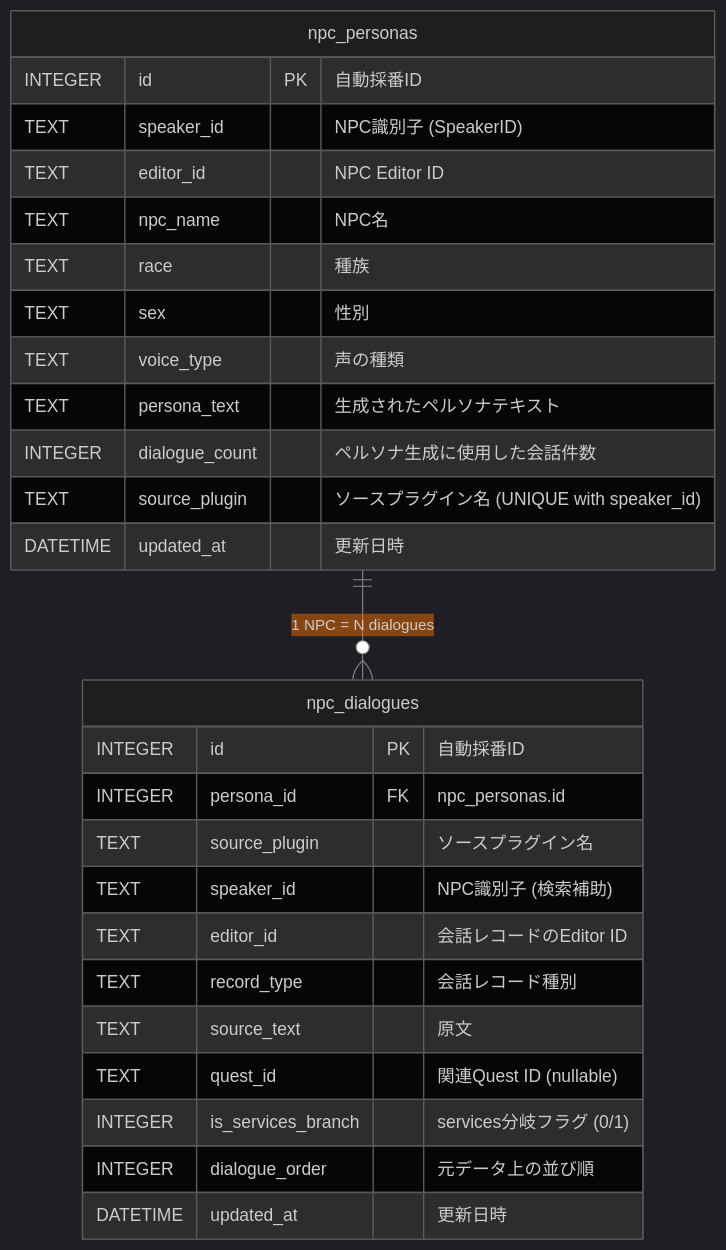
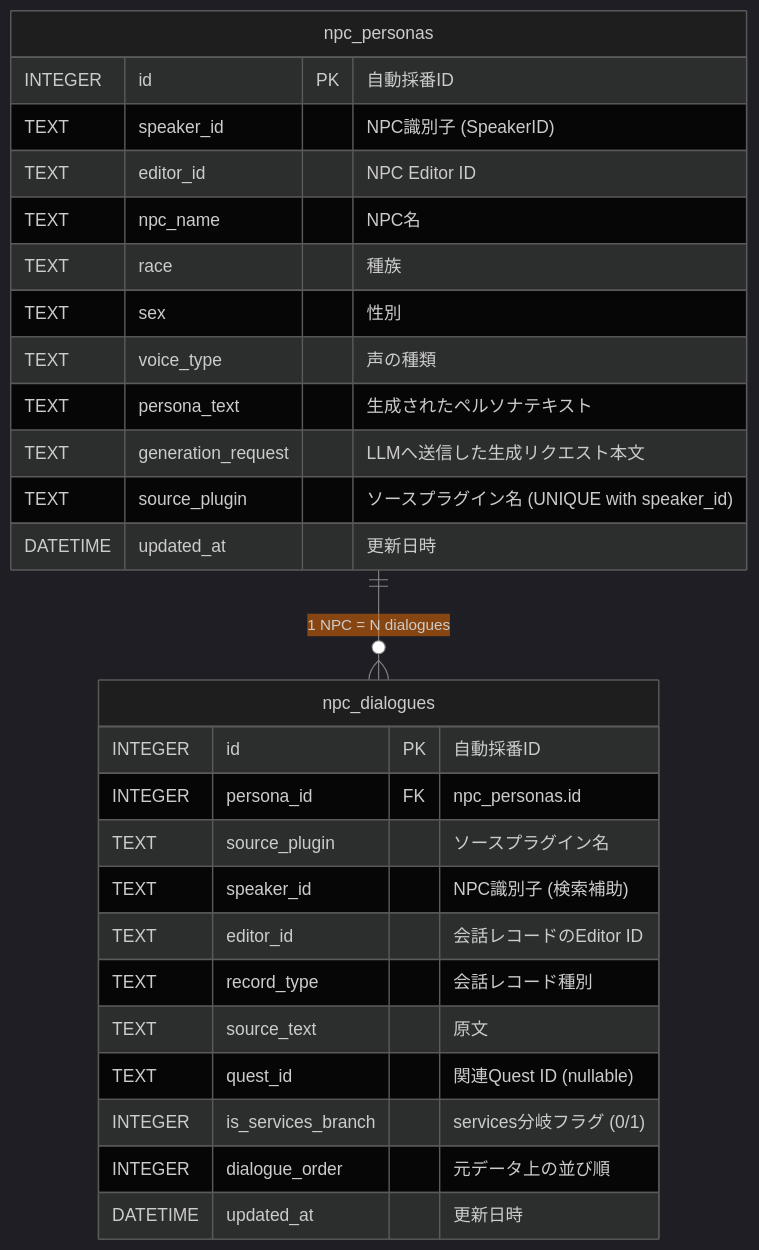
One commit to ishibata91/ai-translation-engine-2 changed the third of 9 diagrams in openspec/specs/database_erd.md. Above: the diagram before and after it, drawn with Mermaid. The commit also changed other lines of this file and 25 other files, not shown here.

````diff
--- a/openspec/specs/database_erd.md
+++ b/openspec/specs/database_erd.md
@@ -117,43 +117,43 @@
 ```mermaid
 %%{init: {'theme': 'dark', 'themeVariables': {
   'primaryColor': '#2b2b2b',
   'primaryTextColor': '#e0e0e0',
   'primaryBorderColor': '#ff9800',
   'lineColor': '#888888',
   'secondaryColor': '#e65100',
   'tertiaryColor': '#ef6c00',
   'mainBkg': '#1e1e1e',
   'nodeBorder': '#5a5a5a'
 }}}%%
 erDiagram
     %% Persona Slice
     npc_personas ||--o{ npc_dialogues : "1 NPC = N dialogues"
 
     npc_personas {
         INTEGER id PK "自動採番ID"
         TEXT speaker_id "NPC識別子 (SpeakerID)"
         TEXT editor_id "NPC Editor ID"
         TEXT npc_name "NPC名"
         TEXT race "種族"
         TEXT sex "性別"
         TEXT voice_type "声の種類"
         TEXT persona_text "生成されたペルソナテキスト"
-        INTEGER dialogue_count "ペルソナ生成に使用した会話件数"
+        TEXT generation_request "LLMへ送信した生成リクエスト本文"
         TEXT source_plugin "ソースプラグイン名 (UNIQUE with speaker_id)"
         DATETIME updated_at "更新日時"
     }
 
     npc_dialogues {
         INTEGER id PK "自動採番ID"
         INTEGER persona_id FK "npc_personas.id"
         TEXT source_plugin "ソースプラグイン名"
         TEXT speaker_id "NPC識別子 (検索補助)"
         TEXT editor_id "会話レコードのEditor ID"
         TEXT record_type "会話レコード種別"
         TEXT source_text "原文"
         TEXT quest_id "関連Quest ID (nullable)"
         INTEGER is_services_branch "services分岐フラグ (0/1)"
         INTEGER dialogue_order "元データ上の並び順"
         DATETIME updated_at "更新日時"
     }
 ```
````
